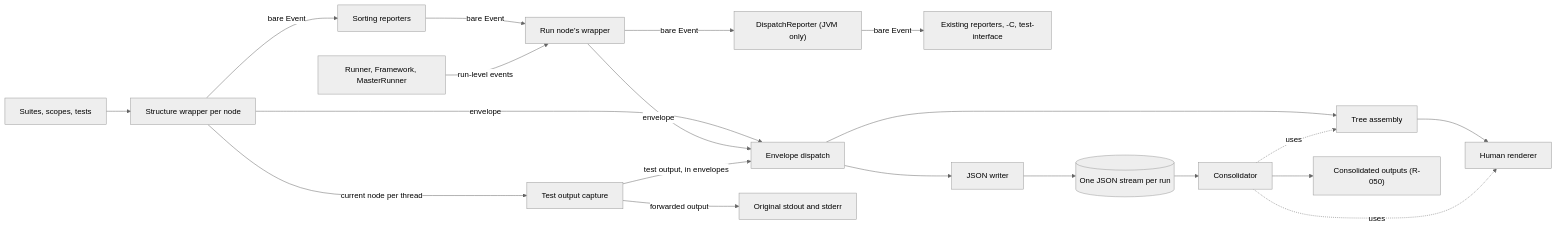
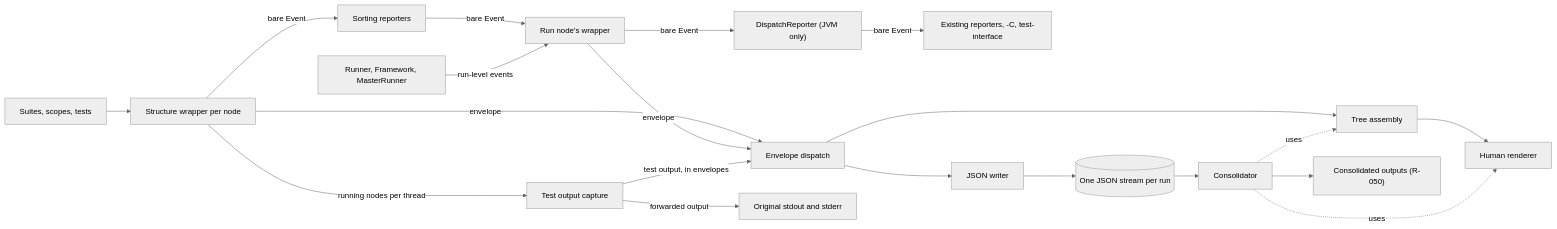
One commit to jamesgorman2/scalatest changed the diagram in .planning/structured-test-reporting/ARCHITECTURE.md. Above: the diagram before and after it, drawn with Mermaid (neutral theme). The commit also changed other lines of this file and 3 other files, not shown here.

First line of the commit message:
structured-test-reporting: capture test output on Scala.js and Native

````diff
--- a/.planning/structured-test-reporting/ARCHITECTURE.md
+++ b/.planning/structured-test-reporting/ARCHITECTURE.md
@@ -44,22 +44,22 @@
 ```mermaid
 flowchart LR
   E[Suites, scopes, tests] --> W[Structure wrapper per node]
   W -- bare Event --> S[Sorting reporters]
   S -- bare Event --> R["Run node's wrapper"]
   G[Runner, Framework, MasterRunner] -- run-level events --> R
   R -- bare Event --> D["DispatchReporter (JVM only)"]
   D -- bare Event --> X[Existing reporters, -C, test-interface]
-  W -- current node per thread --> T[Test output capture]
+  W -- running nodes per thread --> T[Test output capture]
   W -- envelope --> A[Envelope dispatch]
   R -- envelope --> A
   T -- test output, in envelopes --> A
   T -- forwarded output --> P[Original stdout and stderr]
   A --> TA[Tree assembly]
   TA --> H[Human renderer]
   A --> J[JSON writer]
   J --> F[(One JSON stream per run)]
   F --> C[Consolidator]
   C -. uses .-> TA
   C -. uses .-> H
   C --> O["Consolidated outputs (R-050)"]
 ```
````
